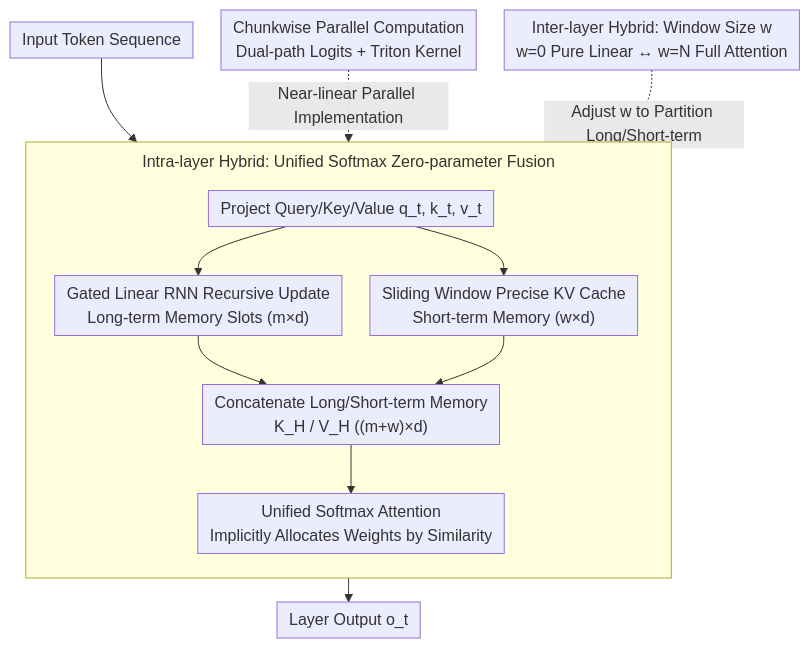
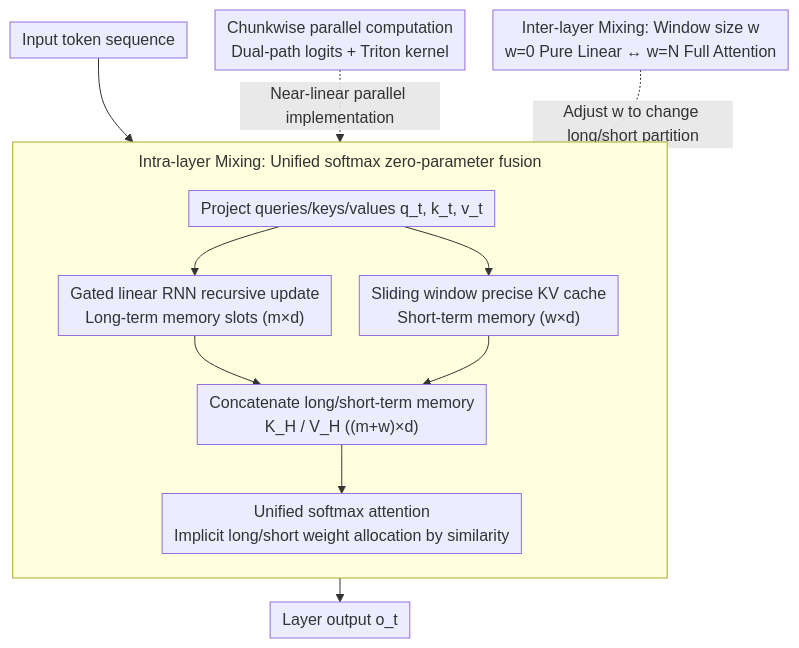
The diagram in docs/ACL2026/llm_efficiency/native_hybrid_attention_for_efficient_sequence_modeling.md (zhaoyang97/Paper-Notes-en), drawn with Mermaid before and after one commit. The commit also changed other lines of this file and 5084 other files, not shown here.

````diff
--- a/docs/ACL2026/llm_efficiency/native_hybrid_attention_for_efficient_sequence_modeling.md
+++ b/docs/ACL2026/llm_efficiency/native_hybrid_attention_for_efficient_sequence_modeling.md
@@ -44,16 +44,16 @@
 ```mermaid
 %%{init: {'flowchart': {'rankSpacing': 24, 'nodeSpacing': 28, 'padding': 6, 'wrappingWidth': 400, 'subGraphTitleMargin': {'top': 8, 'bottom': 16}}}}%%
 flowchart TD
-    A["Input Token Sequence"] --> B["Project Query/Key/Value q_t, k_t, v_t"]
-    subgraph INTRA["Intra-layer Hybrid: Unified Softmax Zero-parameter Fusion"]
+    A["Input token sequence"] --> B["Project queries/keys/values q_t, k_t, v_t"]
+    subgraph INTRA["Intra-layer Mixing: Unified softmax zero-parameter fusion"]
         direction TB
-        B --> C["Gated Linear RNN Recursive Update<br/>Long-term Memory Slots (m×d)"]
-        B --> D["Sliding Window Precise KV Cache<br/>Short-term Memory (w×d)"]
-        C --> E["Concatenate Long/Short-term Memory<br/>K_H / V_H ((m+w)×d)"]
+        B --> C["Gated linear RNN recursive update<br/>Long-term memory slots (m×d)"]
+        B --> D["Sliding window precise KV cache<br/>Short-term memory (w×d)"]
+        C --> E["Concatenate long/short-term memory<br/>K_H / V_H ((m+w)×d)"]
         D --> E
-        E --> F["Unified Softmax Attention<br/>Implicitly Allocates Weights by Similarity"]
+        E --> F["Unified softmax attention<br/>Implicit long/short weight allocation by similarity"]
     end
-    W["Inter-layer Hybrid: Window Size w<br/>w=0 Pure Linear ↔ w=N Full Attention"] -.->|"Adjust w to Partition Long/Short-term"| INTRA
-    G["Chunkwise Parallel Computation<br/>Dual-path Logits + Triton Kernel"] -.->|"Near-linear Parallel Implementation"| F
-    F --> H["Layer Output o_t"]
+    W["Inter-layer Mixing: Window size w<br/>w=0 Pure Linear ↔ w=N Full Attention"] -.->|"Adjust w to change long/short partition"| INTRA
+    G["Chunkwise parallel computation<br/>Dual-path logits + Triton kernel"] -.->|"Near-linear parallel implementation"| F
+    F --> H["Layer output o_t"]
 ```
````
